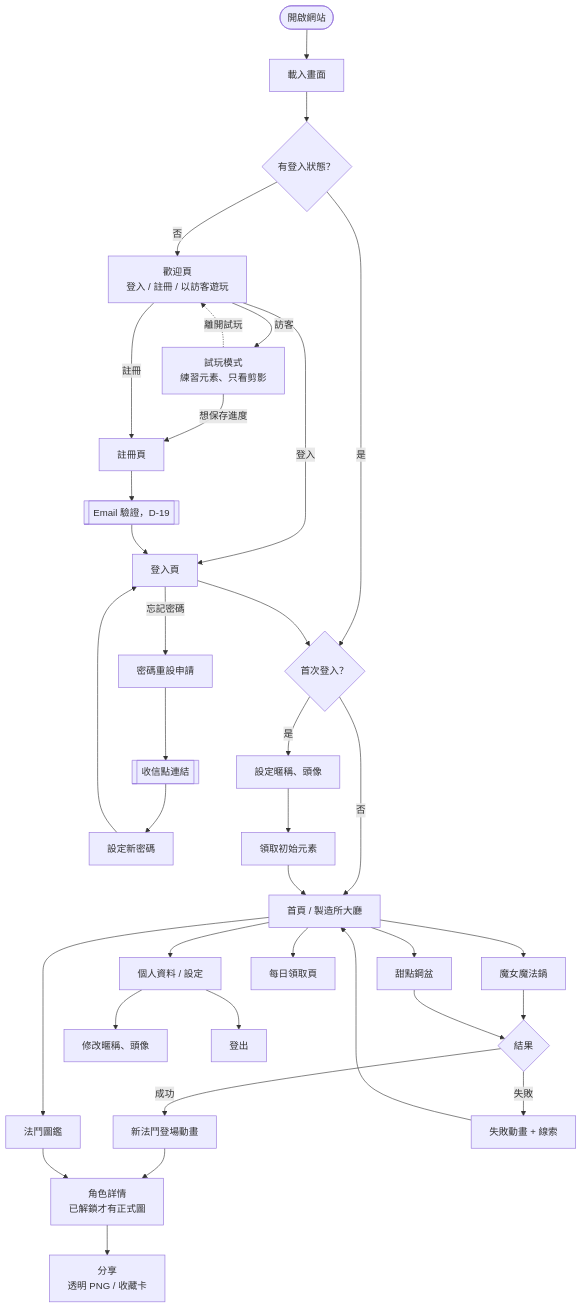
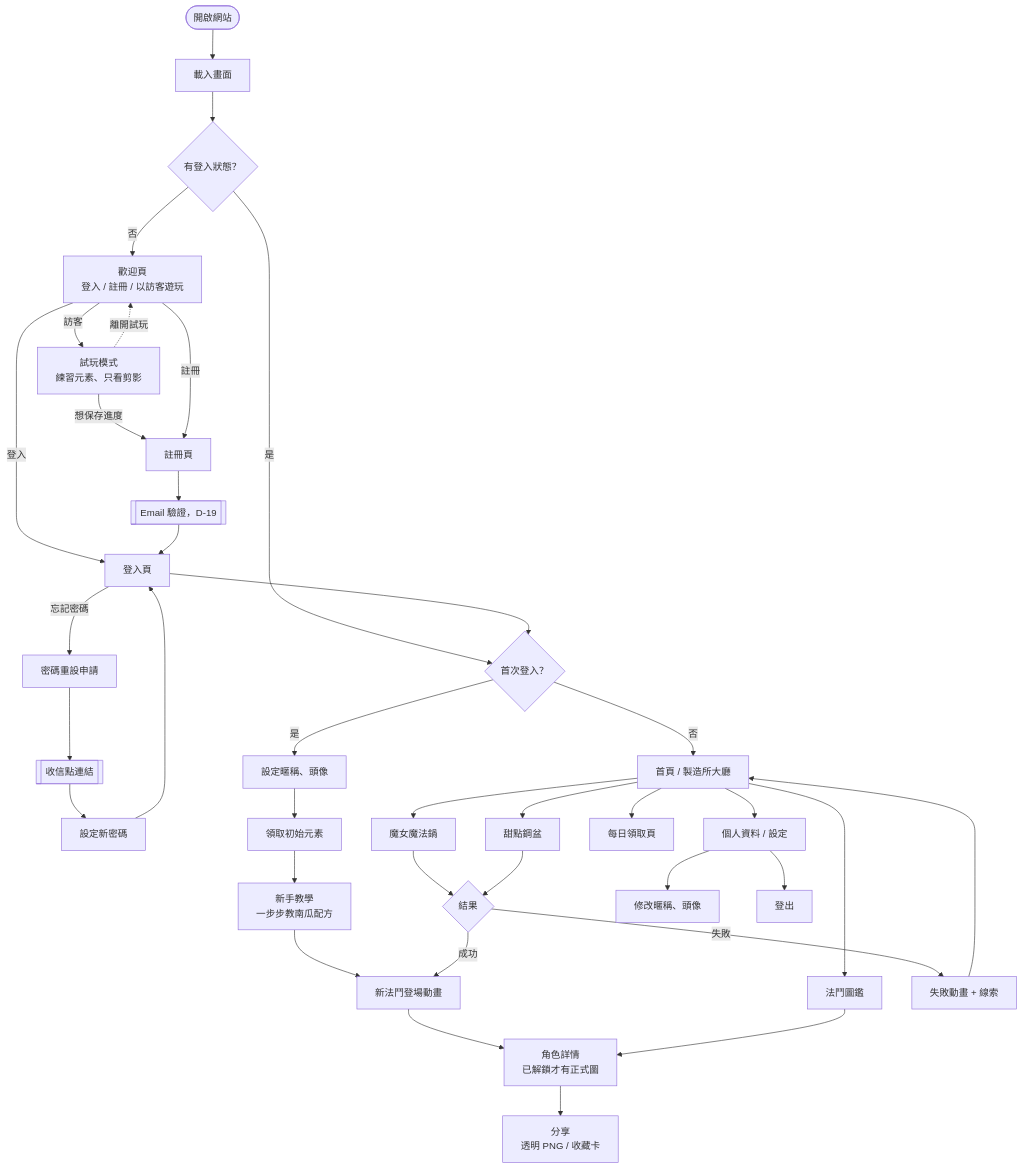
The fourth of 4 diagrams in docs/phase0/02-architecture.md (mina04081998-chen/frenchie-maker), drawn with Mermaid before and after one commit. The commit also changed 6 other files, not shown here.

````diff
--- a/docs/phase0/02-architecture.md
+++ b/docs/phase0/02-architecture.md
@@ -128,38 +128,38 @@
 ```mermaid
 flowchart TD
   START([開啟網站]) --> SPLASH[載入畫面]
   SPLASH --> CHK{有登入狀態？}
   CHK -- 否 --> WELCOME[歡迎頁<br/>登入 / 註冊 / 以訪客遊玩]
   CHK -- 是 --> FIRST
 
   WELCOME -->|訪客| TRIAL[試玩模式<br/>練習元素、只看剪影] -->|想保存進度| SIGNUP
   WELCOME -->|登入| LOGIN[登入頁]
   WELCOME -->|註冊| SIGNUP[註冊頁]
   LOGIN -->|忘記密碼| RESET[密碼重設申請]
   RESET --> RESETMAIL[[收信點連結]] --> NEWPW[設定新密碼] --> LOGIN
   SIGNUP --> VERIFY[[Email 驗證，D-19]] --> LOGIN
   LOGIN --> FIRST{首次登入？}
 
   FIRST -- 是 --> PROFILE_SETUP[設定暱稱、頭像] --> STARTER[領取初始元素]
   FIRST -- 否 --> HOME
-  STARTER --> HOME
+  STARTER --> TUTORIAL[新手教學<br/>一步步教南瓜配方] --> NEWCHAR
 
   HOME[首頁 / 製造所大廳]
   HOME --> CAULDRON[魔女魔法鍋]
   HOME --> BOWL[甜點鋼盆]
   HOME --> DAILY[每日領取頁]
   HOME --> DEX[法鬥圖鑑]
   HOME --> ME[個人資料 / 設定]
 
   CAULDRON --> RESULT{結果}
   BOWL --> RESULT
   RESULT -- 成功 --> NEWCHAR[新法鬥登場動畫] --> DETAIL
   RESULT -- 失敗 --> FAIL[失敗動畫 + 線索] --> HOME
 
   DEX --> DETAIL[角色詳情<br/>已解鎖才有正式圖]
   DETAIL --> SHARE[分享<br/>透明 PNG / 收藏卡]
 
   ME --> EDIT[修改暱稱、頭像]
   ME --> LOGOUT[登出]
   TRIAL -.離開試玩.-> WELCOME
 ```
````
